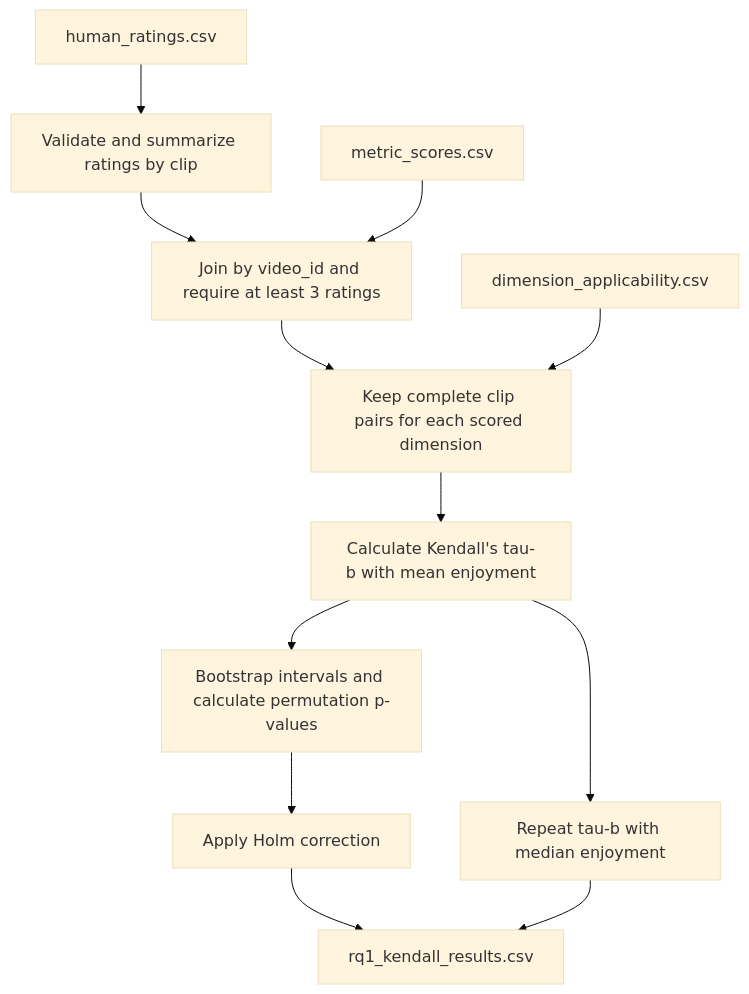
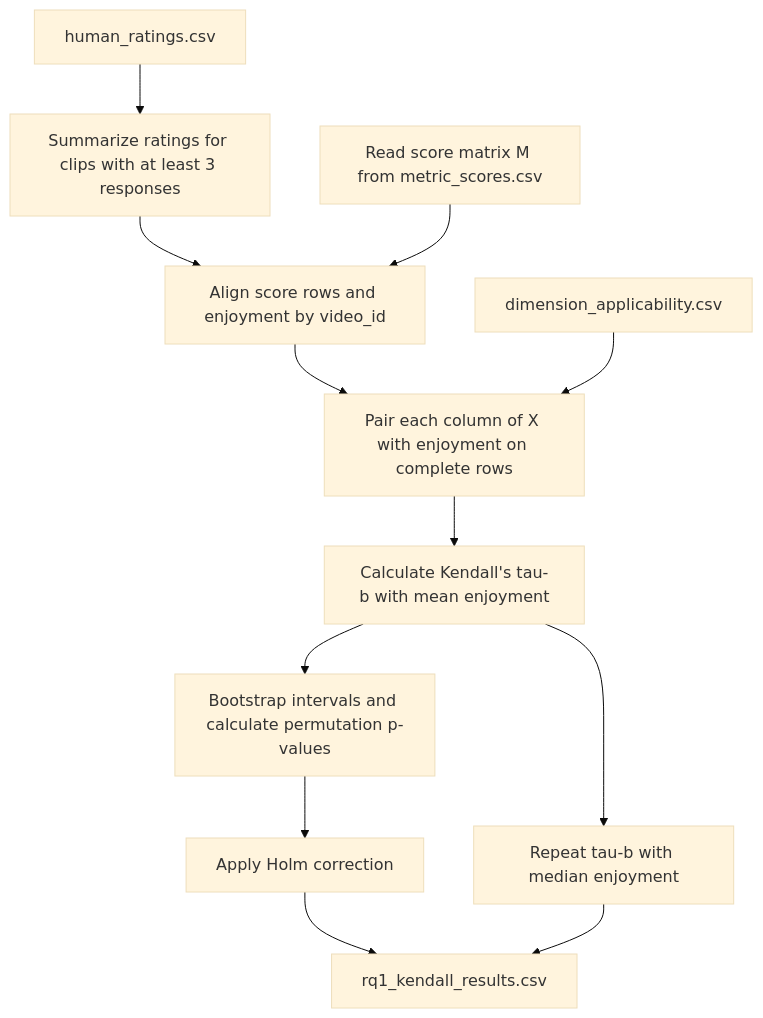
Before and after one commit to DraPraks/glupov: the second of 2 diagrams in docs/rq1_pipeline.md, drawn with Mermaid (base theme). The commit also changed other lines of this file, not shown here.

Commit message:
visualize matrix representation

````diff
--- a/docs/rq1_pipeline.md
+++ b/docs/rq1_pipeline.md
@@ -40,14 +52,14 @@
 ```mermaid
 flowchart TD
-    ratings["human_ratings.csv"] --> summary["Validate and summarize ratings by clip"]
-    summary --> joined["Join by video_id and require at least 3 ratings"]
-    metrics["metric_scores.csv"] --> joined
-    joined --> pairs["Keep complete clip pairs for each scored dimension"]
+    ratings["human_ratings.csv"] --> summary["Summarize ratings for clips with at least 3 responses"]
+    summary --> joined["Align score rows and enjoyment by video_id"]
+    metrics["Read score matrix M from metric_scores.csv"] --> joined
+    joined --> pairs["Pair each column of X with enjoyment on complete rows"]
     applicability["dimension_applicability.csv"] --> pairs
     pairs --> tau["Calculate Kendall's tau-b with mean enjoyment"]
     tau --> inference["Bootstrap intervals and calculate permutation p-values"]
     inference --> holm["Apply Holm correction"]
     tau --> median["Repeat tau-b with median enjoyment"]
     holm --> results["rq1_kendall_results.csv"]
     median --> results
 ```
````
